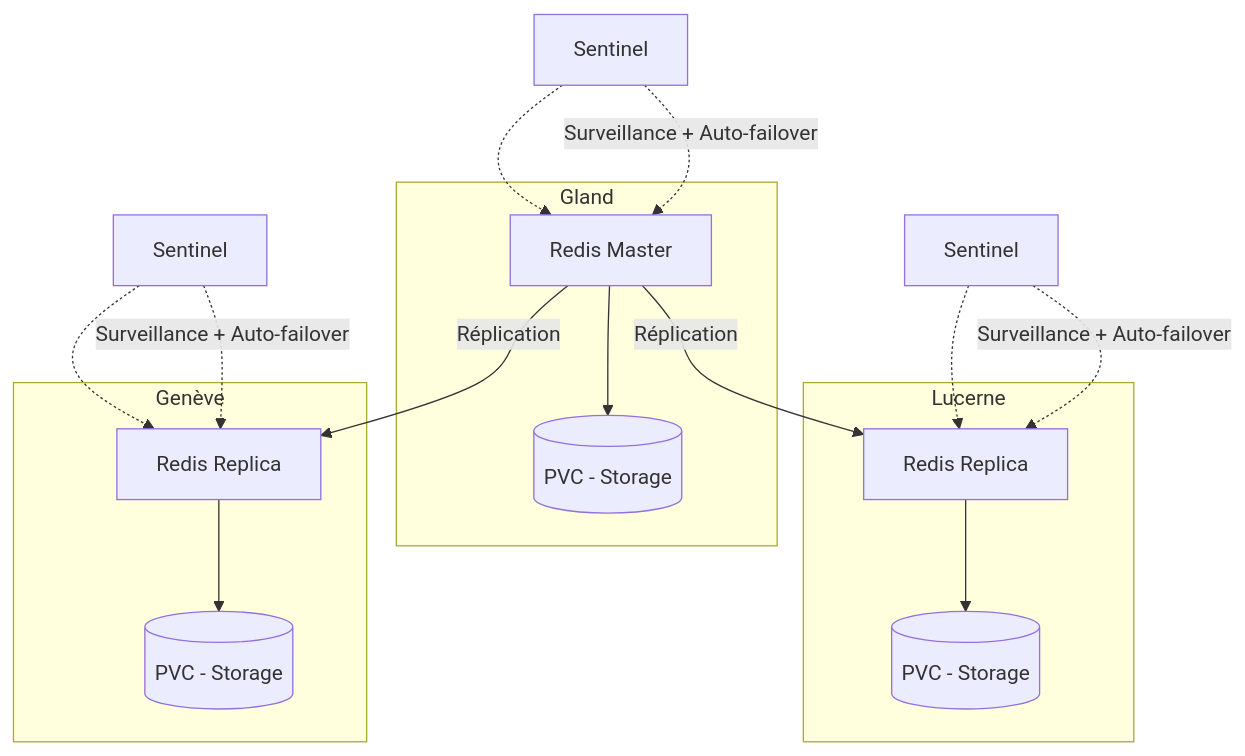
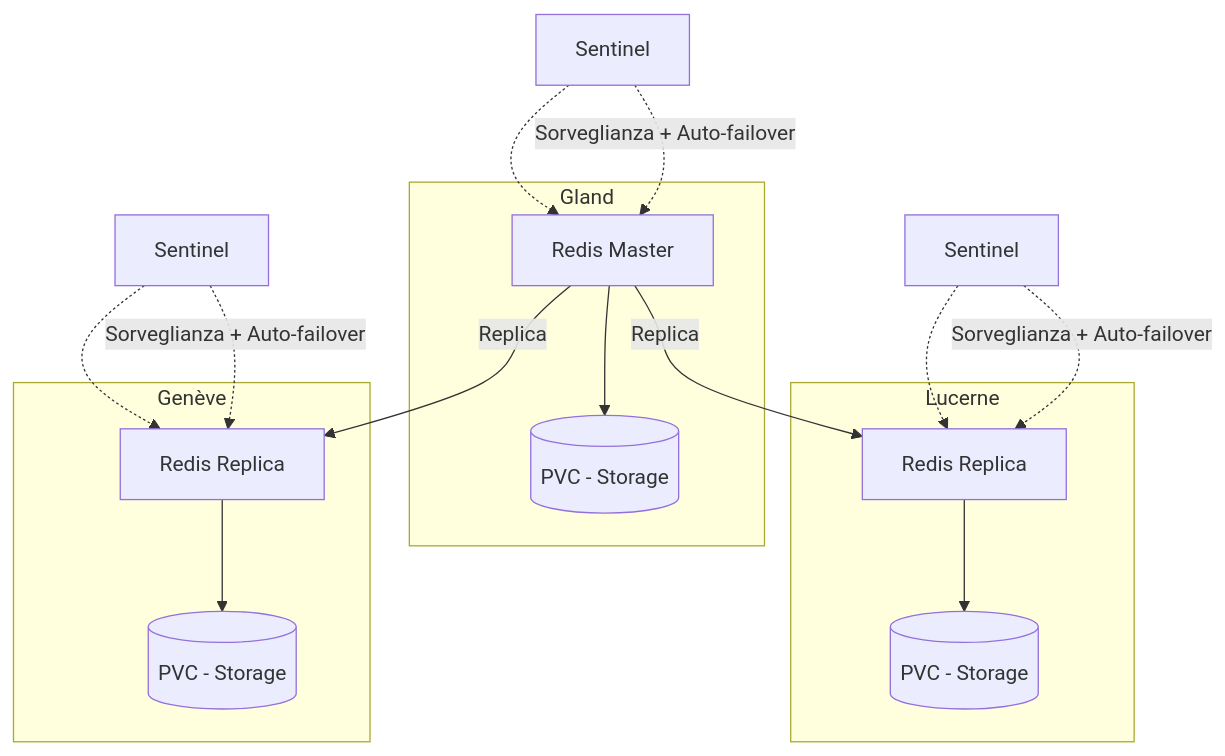
The diagram in i18n/it/docusaurus-plugin-content-docs/current/services/databases/redis/overview.md (HidoraSwiss/hikube-public-doc), drawn with Mermaid before and after one commit. The commit also changed other lines of this file and 121 other files, not shown here.

````diff
--- a/i18n/it/docusaurus-plugin-content-docs/current/services/databases/redis/overview.md
+++ b/i18n/it/docusaurus-plugin-content-docs/current/services/databases/redis/overview.md
@@ -45,26 +44,26 @@
 ```mermaid
 graph TD
     subgraph Gland
         M1[Redis Master] --> PVC1[(PVC - Storage)]
     end
 
     subgraph Lucerne
         R1[Redis Replica] --> PVC2[(PVC - Storage)]
     end
 
     subgraph Genève
         R2[Redis Replica] --> PVC3[(PVC - Storage)]
     end
 
     %% Sentinel Cluster
     S1[Sentinel] -.-> M1
     S2[Sentinel] -.-> R1
     S3[Sentinel] -.-> R2
 
-    M1 -->|Réplication| R1
-    M1 -->|Réplication| R2
+    M1 -->|Replica| R1
+    M1 -->|Replica| R2
 
-    S1 -.->|Surveillance + Auto-failover| M1
-    S2 -.->|Surveillance + Auto-failover| R1
-    S3 -.->|Surveillance + Auto-failover| R2
+    S1 -.->|Sorveglianza + Auto-failover| M1
+    S2 -.->|Sorveglianza + Auto-failover| R1
+    S3 -.->|Sorveglianza + Auto-failover| R2
 ```
````
